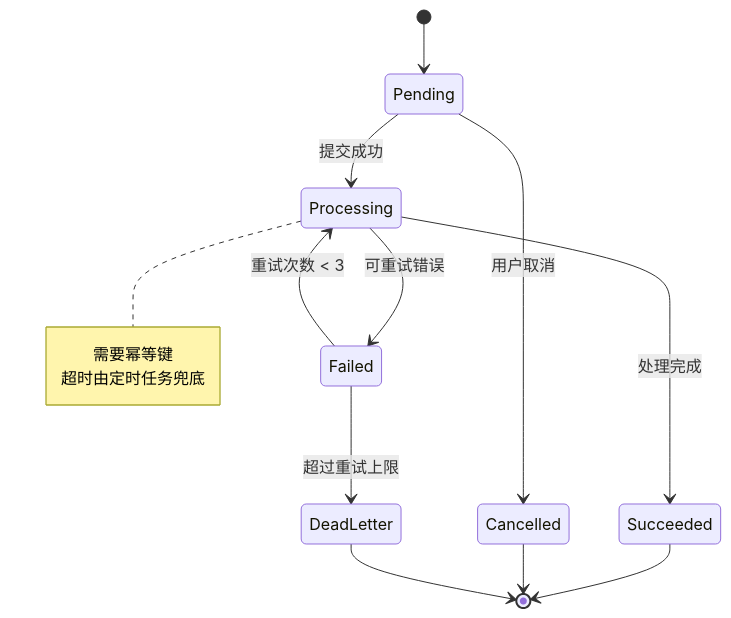
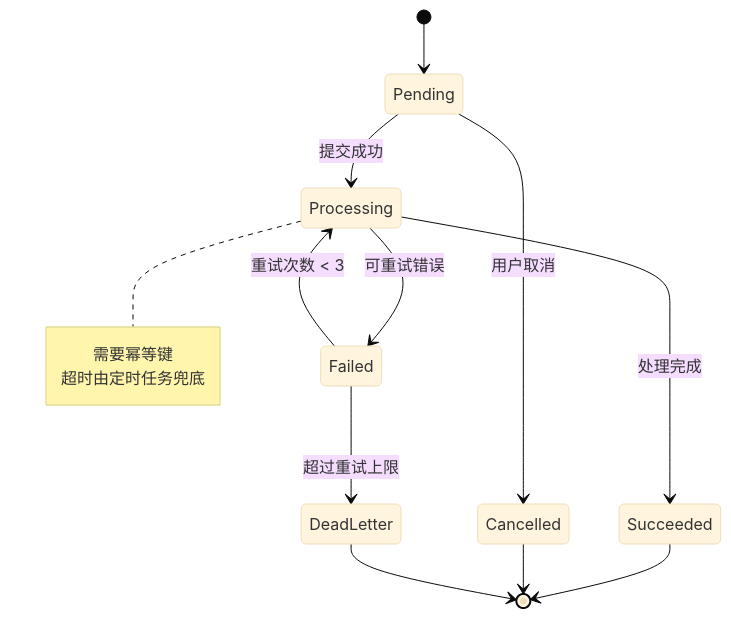
Before and after one commit to 1byteone/interview-note: diagram 11 of 16 in _assets/mermaid.md, drawn with Mermaid. The commit also changed other lines of this file and 5 other files, not shown here.

First line of the commit message:
style(mermaid): 统一 Mermaid 专业样式体系与语义规范

````diff
--- a/_assets/mermaid.md
+++ b/_assets/mermaid.md
@@ -254,18 +448,20 @@
 ```mermaid
+%%{init: {"theme":"base"}}%%
 stateDiagram-v2
+    direction TB
     [*] --> Pending
     Pending --> Processing: 提交成功
     Pending --> Cancelled: 用户取消
     Processing --> Succeeded: 处理完成
     Processing --> Failed: 可重试错误
     Failed --> Processing: 重试次数 < 3
     Failed --> DeadLetter: 超过重试上限
     Succeeded --> [*]
     Cancelled --> [*]
     DeadLetter --> [*]
 
     note right of Processing
         需要幂等键
         超时由定时任务兜底
     end note
 ```
````
